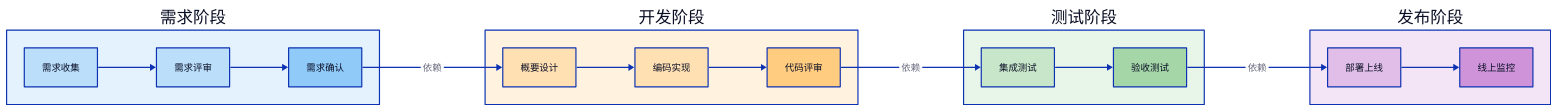
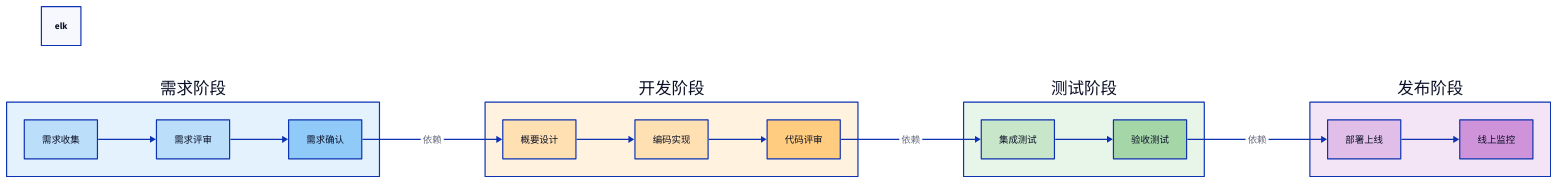
The diagram in skills/han-d2-diagram/assets/templates/gantt-chart.d2 (ruleizhou/han-skills), drawn with D2 before and after one commit. The commit also changed 15 other files, not shown here.

First line of the commit message:
feat: han-d2-diagram 连线统一为正交折线，收口单引擎 ELK

```diff
--- a/skills/han-d2-diagram/assets/templates/gantt-chart.d2
+++ b/skills/han-d2-diagram/assets/templates/gantt-chart.d2
@@ -1,78 +1,79 @@
 # 甘特图 Template
 # Created: 2026-05-27
 # Usage: d2 --theme=300 -l elk gantt-chart.d2 output.png
 # Description: 项目计划时间线
 
+layout: elk
 direction: right
 
 style: {
   font-size: 16
 }
 
 # 阶段分组
 phase1: {
   label: 需求阶段
   style.fill: "#E3F2FD"
 
   req_collect: 需求收集 {
     style.fill: "#BBDEFB"
   }
   req_review: 需求评审 {
     style.fill: "#BBDEFB"
   }
   req_confirm: 需求确认 {
     style.fill: "#90CAF9"
   }
 
   req_collect -> req_review -> req_confirm
 }
 
 phase2: {
   label: 开发阶段
   style.fill: "#FFF3E0"
 
   design: 概要设计 {
     style.fill: "#FFE0B2"
   }
   dev: 编码实现 {
     style.fill: "#FFE0B2"
   }
   dev_review: 代码评审 {
     style.fill: "#FFCC80"
   }
 
   design -> dev -> dev_review
 }
 
 phase3: {
   label: 测试阶段
   style.fill: "#E8F5E9"
 
   test: 集成测试 {
     style.fill: "#C8E6C9"
   }
   uat: 验收测试 {
     style.fill: "#A5D6A7"
   }
 
   test -> uat
 }
 
 phase4: {
   label: 发布阶段
   style.fill: "#F3E5F5"
 
   deploy: 部署上线 {
     style.fill: "#E1BEE7"
   }
   monitor: 线上监控 {
     style.fill: "#CE93D8"
   }
 
   deploy -> monitor
 }
 
 # 阶段间依赖
 phase1.req_confirm -> phase2.design: 依赖
 phase2.dev_review -> phase3.test: 依赖
 phase3.uat -> phase4.deploy: 依赖
```
